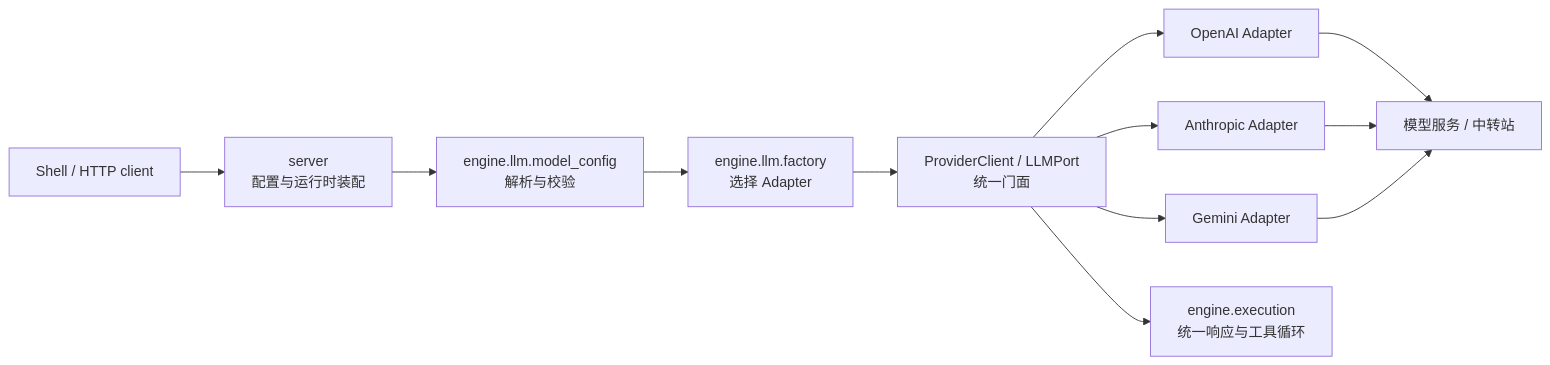
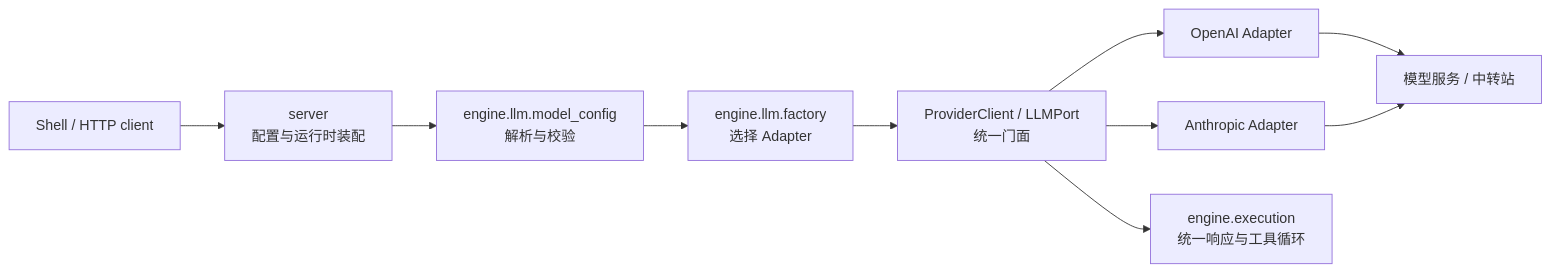
Before and after one commit to zyt2000123/openSmith: the first of 2 diagrams in docs/04b-LLM模块设计.md, drawn with Mermaid. The commit also changed other lines of this file and 15 other files, not shown here.

````diff
--- a/docs/04b-LLM模块设计.md
+++ b/docs/04b-LLM模块设计.md
@@ -21,14 +21,12 @@
 ```mermaid
 flowchart LR
   Shell["Shell / HTTP client"] --> Server["server\n配置与运行时装配"]
   Server --> Config["engine.llm.model_config\n解析与校验"]
   Config --> Factory["engine.llm.factory\n选择 Adapter"]
   Factory --> Client["ProviderClient / LLMPort\n统一门面"]
   Client --> OA["OpenAI Adapter"]
   Client --> AN["Anthropic Adapter"]
-  Client --> GE["Gemini Adapter"]
   OA --> Relay["模型服务 / 中转站"]
   AN --> Relay
-  GE --> Relay
   Client --> Engine["engine.execution\n统一响应与工具循环"]
 ```
````
